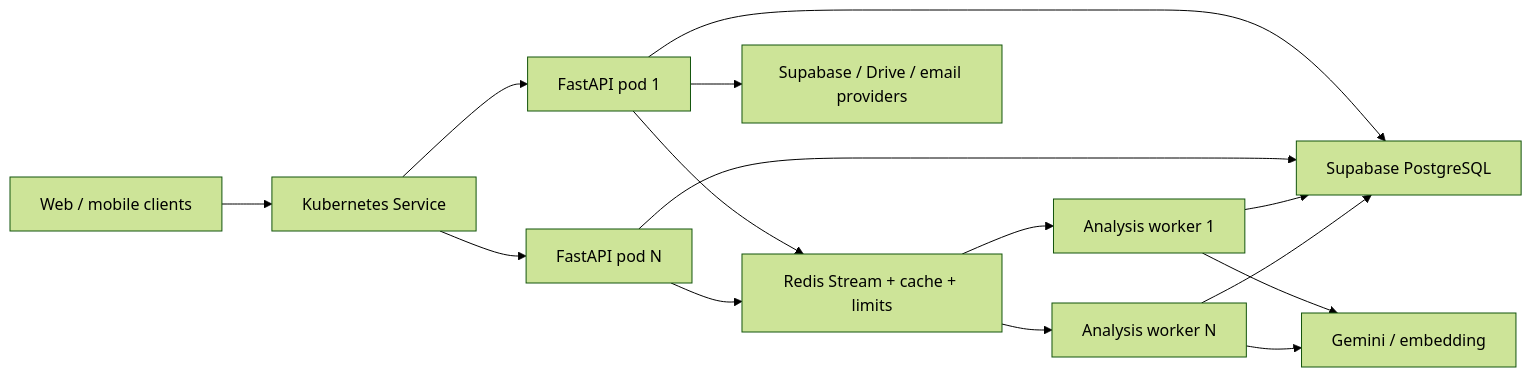
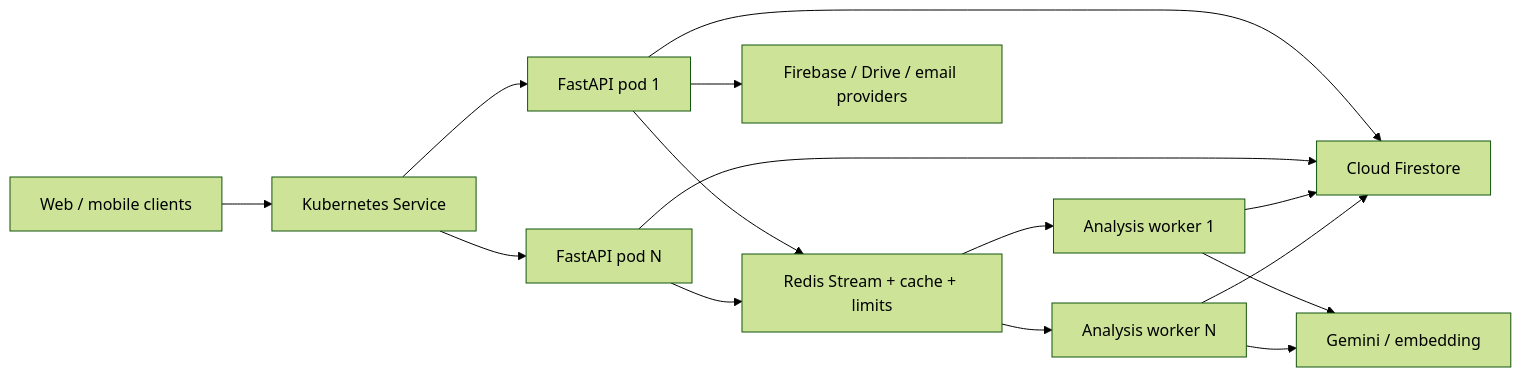
Before and after one commit to TechFutureAIFPT/TechFutureAI: the diagram in Document/01-Tai-Lieu-Du-An/12-backend-scale-audit.md, drawn with Mermaid (forest theme). The commit also changed other lines of this file and 38 other files, not shown here.

````diff
--- a/Document/01-Tai-Lieu-Du-An/12-backend-scale-audit.md
+++ b/Document/01-Tai-Lieu-Du-An/12-backend-scale-audit.md
@@ -34,17 +34,17 @@
 ```mermaid
 flowchart LR
     FE["Web / mobile clients"] --> SVC["Kubernetes Service"]
     SVC --> API1["FastAPI pod 1"]
     SVC --> API2["FastAPI pod N"]
     API1 --> RS["Redis Stream + cache + limits"]
     API2 --> RS
     RS --> W1["Analysis worker 1"]
     RS --> WN["Analysis worker N"]
-    API1 --> FS["Supabase PostgreSQL"]
+    API1 --> FS["Cloud Firestore"]
     API2 --> FS
     W1 --> FS
     WN --> FS
     W1 --> GEM["Gemini / embedding"]
     WN --> GEM
-    API1 --> EXT["Supabase / Drive / email providers"]
+    API1 --> EXT["Firebase / Drive / email providers"]
 ```
````
